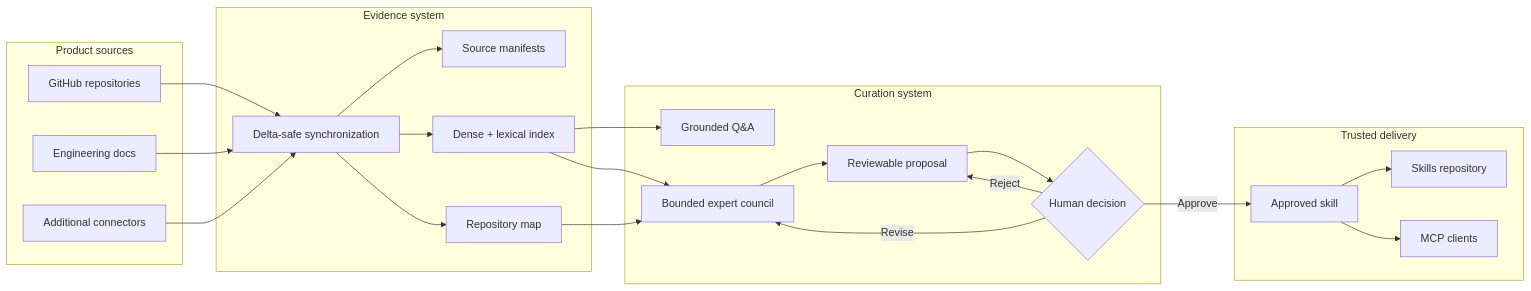
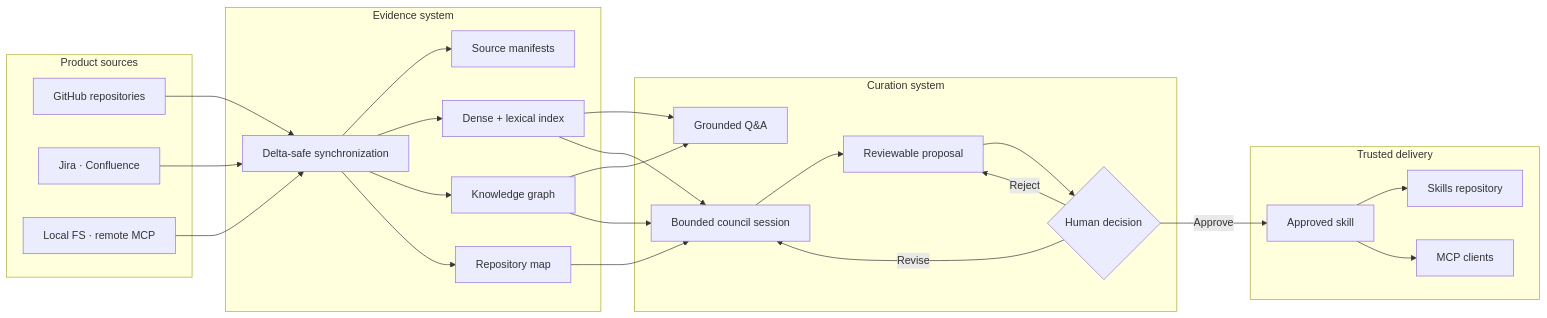
The diagram in content/docs/index.mdx (0xaeres/anvay-docs), drawn with Mermaid before and after one commit. The commit also changed other lines of this file and 6 other files, not shown here.

````diff
--- a/content/docs/index.mdx
+++ b/content/docs/index.mdx
@@ -32,45 +32,49 @@
 ```mermaid
 flowchart LR
   subgraph Inputs["Product sources"]
     GitHub["GitHub repositories"]
-    Docs["Engineering docs"]
-    Other["Additional connectors"]
+    Docs["Jira · Confluence"]
+    Other["Local FS · remote MCP"]
   end
 
   subgraph Evidence["Evidence system"]
     Sync["Delta-safe synchronization"]
     Manifest["Source manifests"]
     Index["Dense + lexical index"]
+    Graph["Knowledge graph"]
     RepoMap["Repository map"]
   end
 
   subgraph Curation["Curation system"]
     Ask["Grounded Q&A"]
-    Council["Bounded expert council"]
+    Council["Bounded council session"]
     Proposal["Reviewable proposal"]
     Review{"Human decision"}
   end
 
   subgraph Delivery["Trusted delivery"]
     Skill["Approved skill"]
     Git["Skills repository"]
     MCP["MCP clients"]
   end
 
   GitHub --> Sync
   Docs --> Sync
   Other --> Sync
   Sync --> Manifest
   Sync --> Index
+  Sync --> Graph
   Sync --> RepoMap
   Index --> Ask
   Index --> Council
+  Graph --> Ask
+  Graph --> Council
   RepoMap --> Council
   Council --> Proposal
   Proposal --> Review
   Review -->|Approve| Skill
   Review -->|Revise| Council
   Review -->|Reject| Proposal
   Skill --> Git
   Skill --> MCP
 ```
````
